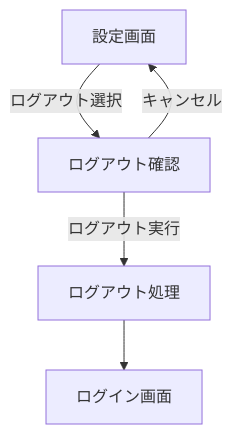
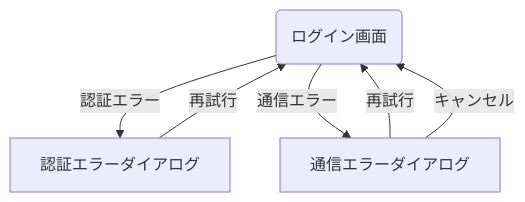
The third of 3 diagrams in docs/template/screen_flow/authentication_flow.md (yumemi-inc/flutter-mobile-project-docs-template), drawn with Mermaid before and after one commit. The commit also changed other lines of this file and 4 other files, not shown here.

````diff
--- a/docs/template/screen_flow/authentication_flow.md
+++ b/docs/template/screen_flow/authentication_flow.md
@@ -64,7 +41,9 @@
 ```mermaid
-flowchart TD
-    Settings[設定画面] -- "ログアウト選択" --> LogoutConfirm[ログアウト確認]
-    LogoutConfirm -- "キャンセル" --> Settings
-    LogoutConfirm -- "ログアウト実行" --> LogoutProcess[ログアウト処理]
-    LogoutProcess --> Login[ログイン画面]
+graph TD
+    SC001(ログイン画面) -- "認証エラー" --> AuthError[認証エラーダイアログ]
+    AuthError -- "再試行" --> SC001
+    
+    SC001 -- "通信エラー" --> ConnError[通信エラーダイアログ]
+    ConnError -- "再試行" --> SC001
+    ConnError -- "キャンセル" --> SC001
 ```
````
